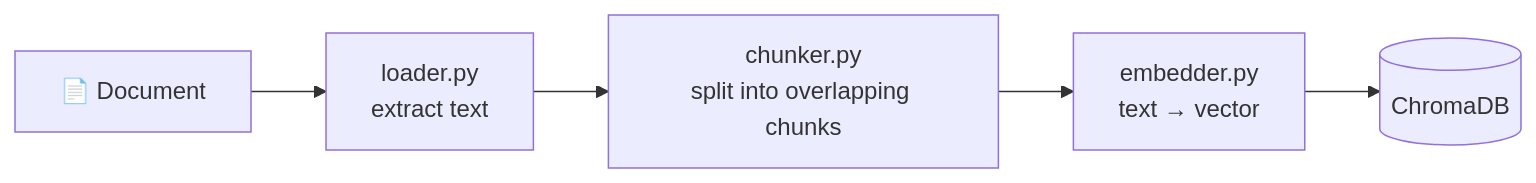
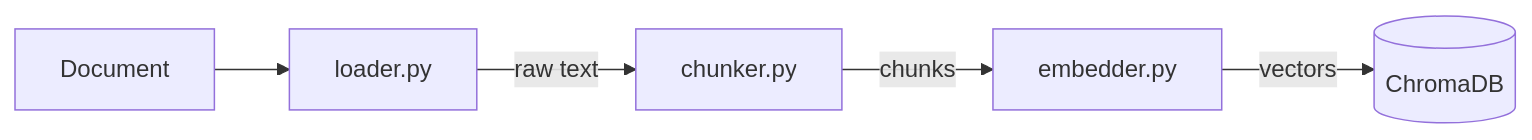
Before and after one commit to httpmonish/DOCUMIND: the second of 4 diagrams in README.md, drawn with Mermaid. The commit also changed other lines of this file, not shown here.

Commit message:
Fix the colliding diagram

````diff
--- a/README.md
+++ b/README.md
@@ -53,7 +53,7 @@
 ```mermaid
 flowchart LR
-    A["📄 Document"] --> B["loader.py<br/>extract text"]
-    B --> C["chunker.py<br/>split into overlapping chunks"]
-    C --> D["embedder.py<br/>text → vector"]
-    D --> E[("ChromaDB")]
+    A[Document] --> B[loader.py]
+    B -->|raw text| C[chunker.py]
+    C -->|chunks| D[embedder.py]
+    D -->|vectors| E[(ChromaDB)]
 ```
````
